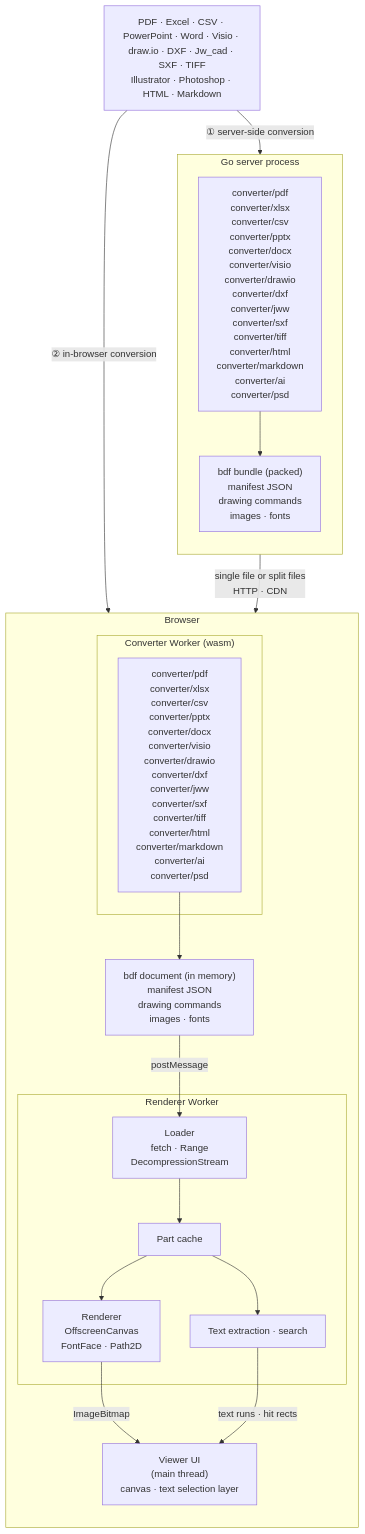
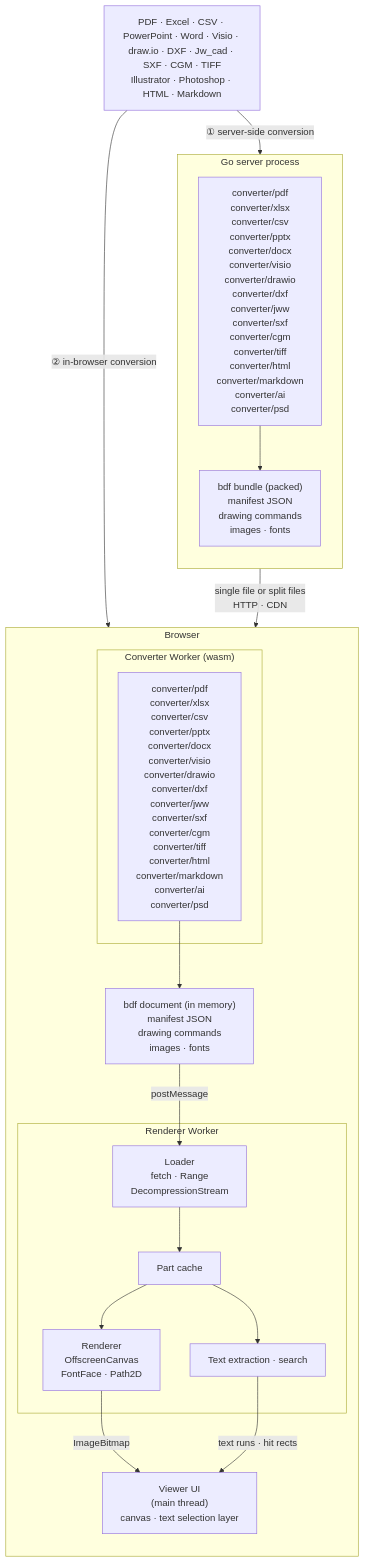
Before and after one commit to shibukawa/bdf: the diagram in README.md, drawn with Mermaid. The commit also changed other lines of this file and 42 other files, not shown here.

````diff
--- a/README.md
+++ b/README.md
@@ -20,37 +20,37 @@
 ```mermaid
 flowchart TB
-    SRC["PDF · Excel · CSV · PowerPoint · Word · Visio · draw.io · DXF · Jw_cad · SXF · TIFF<br/>Illustrator · Photoshop · HTML · Markdown"]
+    SRC["PDF · Excel · CSV · PowerPoint · Word · Visio · draw.io · DXF · Jw_cad · SXF · CGM · TIFF<br/>Illustrator · Photoshop · HTML · Markdown"]
 
     subgraph SERVER["Go server process"]
         direction TB
-        SCONV["converter/pdf<br/>converter/xlsx<br/>converter/csv<br/>converter/pptx<br/>converter/docx<br/>converter/visio<br/>converter/drawio<br/>converter/dxf<br/>converter/jww<br/>converter/sxf<br/>converter/tiff<br/>converter/html<br/>converter/markdown<br/>converter/ai<br/>converter/psd"]
+        SCONV["converter/pdf<br/>converter/xlsx<br/>converter/csv<br/>converter/pptx<br/>converter/docx<br/>converter/visio<br/>converter/drawio<br/>converter/dxf<br/>converter/jww<br/>converter/sxf<br/>converter/cgm<br/>converter/tiff<br/>converter/html<br/>converter/markdown<br/>converter/ai<br/>converter/psd"]
         BUNDLE["bdf bundle (packed)<br/>manifest JSON<br/>drawing commands<br/>images · fonts"]
         SCONV --> BUNDLE
     end
 
     subgraph BROWSER["Browser"]
         direction TB
         subgraph CWORKER["Converter Worker (wasm)"]
-            WCONV["converter/pdf<br/>converter/xlsx<br/>converter/csv<br/>converter/pptx<br/>converter/docx<br/>converter/visio<br/>converter/drawio<br/>converter/dxf<br/>converter/jww<br/>converter/sxf<br/>converter/tiff<br/>converter/html<br/>converter/markdown<br/>converter/ai<br/>converter/psd"]
+            WCONV["converter/pdf<br/>converter/xlsx<br/>converter/csv<br/>converter/pptx<br/>converter/docx<br/>converter/visio<br/>converter/drawio<br/>converter/dxf<br/>converter/jww<br/>converter/sxf<br/>converter/cgm<br/>converter/tiff<br/>converter/html<br/>converter/markdown<br/>converter/ai<br/>converter/psd"]
         end
         PARTS["bdf document (in memory)<br/>manifest JSON<br/>drawing commands<br/>images · fonts"]
         subgraph RWORKER["Renderer Worker"]
             LOADER["Loader<br/>fetch · Range<br/>DecompressionStream"]
             STORE["Part cache"]
             RENDER["Renderer<br/>OffscreenCanvas<br/>FontFace · Path2D"]
             TEXT["Text extraction · search"]
             LOADER --> STORE
             STORE --> RENDER
             STORE --> TEXT
         end
         UI["Viewer UI<br/>(main thread)<br/>canvas · text selection layer"]
         WCONV --> PARTS
     end
 
     SRC -- "① server-side conversion" --> SCONV
     SRC -- "② in-browser conversion" --> WCONV
     BUNDLE -- "single file or split files<br/>HTTP · CDN" --> LOADER
     PARTS -- "postMessage" --> LOADER
     RENDER -- "ImageBitmap" --> UI
     TEXT -- "text runs · hit rects" --> UI
 ```
````
